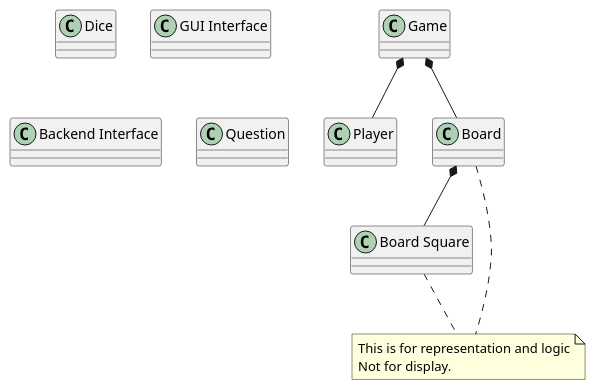
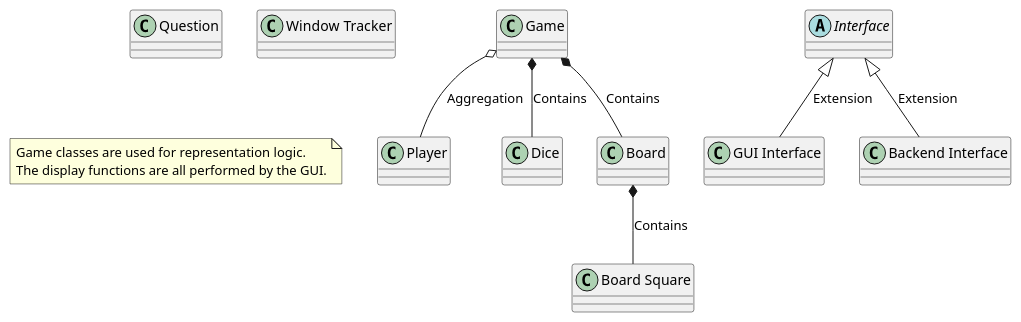
One commit to ttimmer2/TrivialCompute changed the diagram in Class_Diagrams/Server.puml. Above: the diagram before and after it, drawn with PlantUML.

Commit message:
updated class diagram

```diff
--- a/Class_Diagrams/Server.puml
+++ b/Class_Diagrams/Server.puml
@@ -1,16 +1,19 @@
 @startuml
 Class Player
 Class Dice
+Abstract Class Interface
 Class "Board Square"
 Class "GUI Interface"
 Class "Backend Interface"
 Class Question
 Class Board
-note "This is for representation and logic\nNot for display." as N1
-Board .. N1
-"Board Square" .. N1
+Class "Window Tracker"
+note "Game classes are used for representation logic.\nThe display functions are all performed by the GUI." as N1
 Class Game
-Game *-- Player
-Board *-- "Board Square"
-Game *-- Board
+Game o-- Player : Aggregation
+Board *-- "Board Square" : Contains
+Game *-- Board : Contains
+Game *-- Dice : Contains
+Interface <|-- "GUI Interface" : Extension
+Interface <|-- "Backend Interface" : Extension
 @enduml
```
